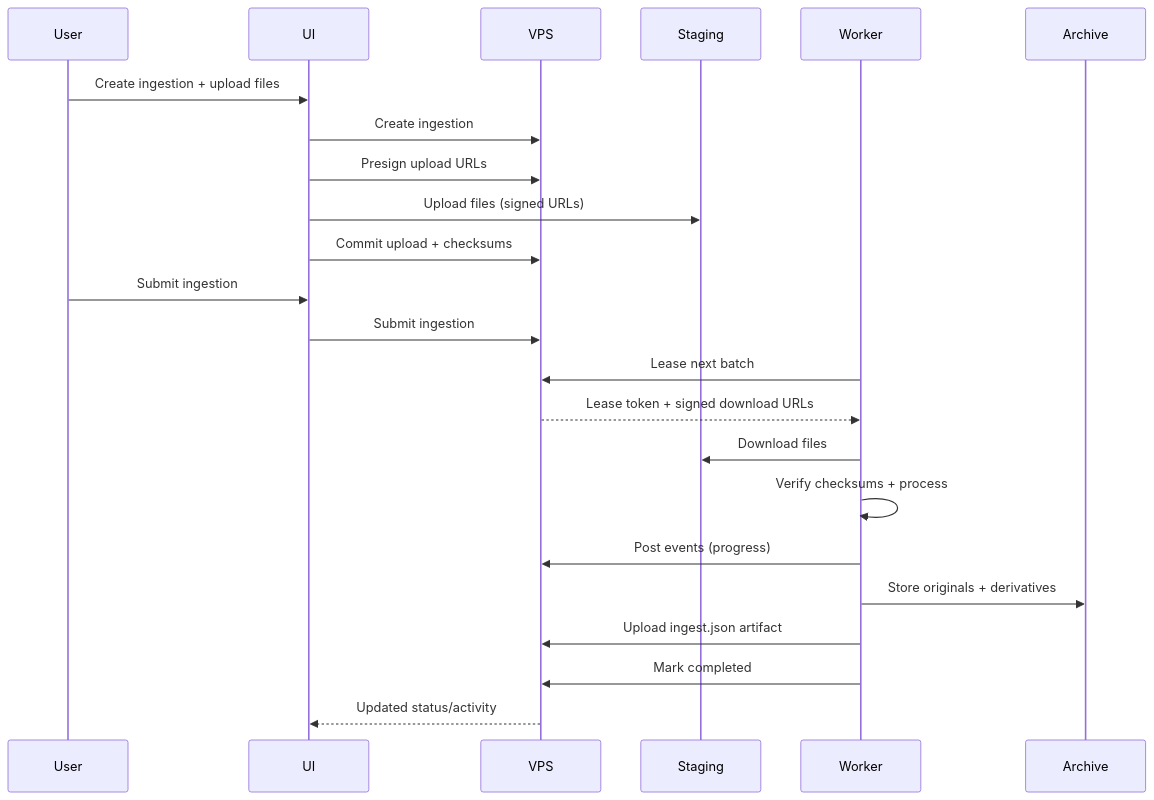
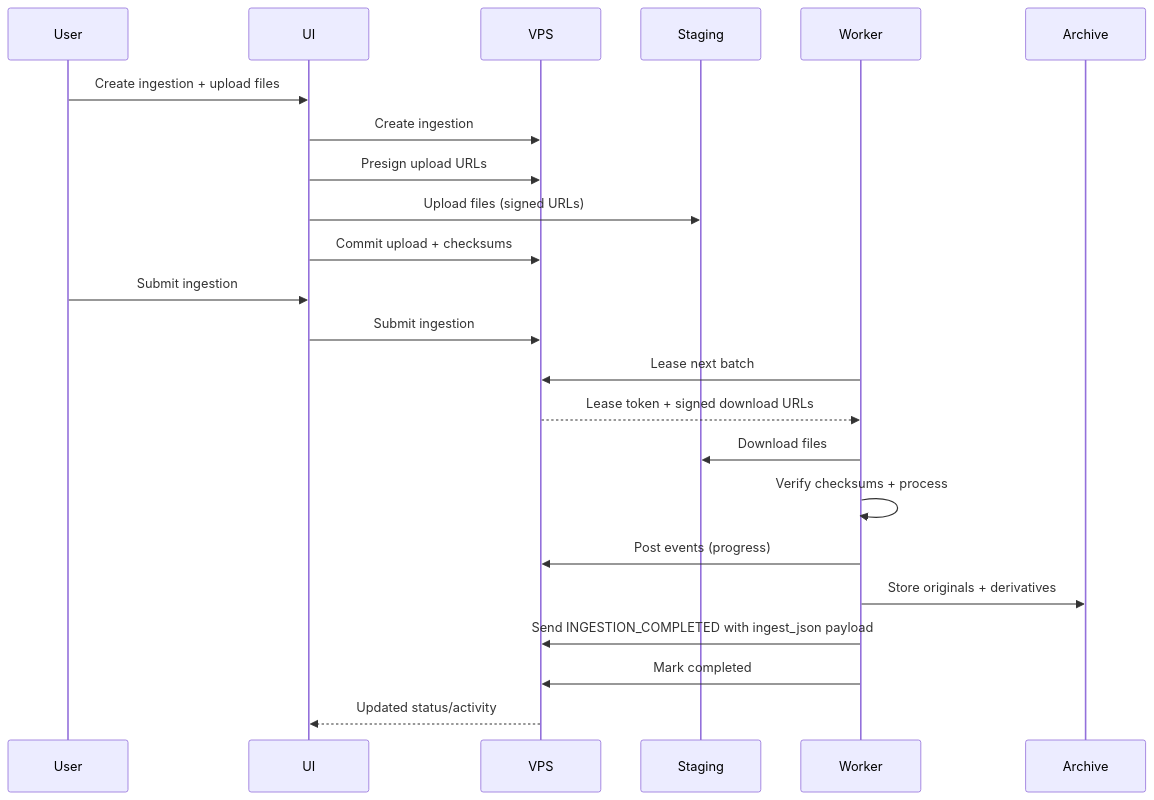
Before and after one commit to ilova-bazis/osimi-backend: the diagram in docs/architecture.md, drawn with Mermaid. The commit also changed other lines of this file and 40 other files, not shown here.

````diff
--- a/docs/architecture.md
+++ b/docs/architecture.md
@@ -56,27 +56,27 @@
 ```mermaid
 sequenceDiagram
   participant User
   participant UI
   participant VPS
   participant Staging
   participant Worker
   participant Archive
 
   User->>UI: Create ingestion + upload files
   UI->>VPS: Create ingestion
   UI->>VPS: Presign upload URLs
   UI->>Staging: Upload files (signed URLs)
   UI->>VPS: Commit upload + checksums
   User->>UI: Submit ingestion
   UI->>VPS: Submit ingestion
 
   Worker->>VPS: Lease next batch
   VPS-->>Worker: Lease token + signed download URLs
   Worker->>Staging: Download files
   Worker->>Worker: Verify checksums + process
   Worker->>VPS: Post events (progress)
   Worker->>Archive: Store originals + derivatives
-  Worker->>VPS: Upload ingest.json artifact
+  Worker->>VPS: Send INGESTION_COMPLETED with ingest_json payload
   Worker->>VPS: Mark completed
   VPS-->>UI: Updated status/activity
 ```
````
